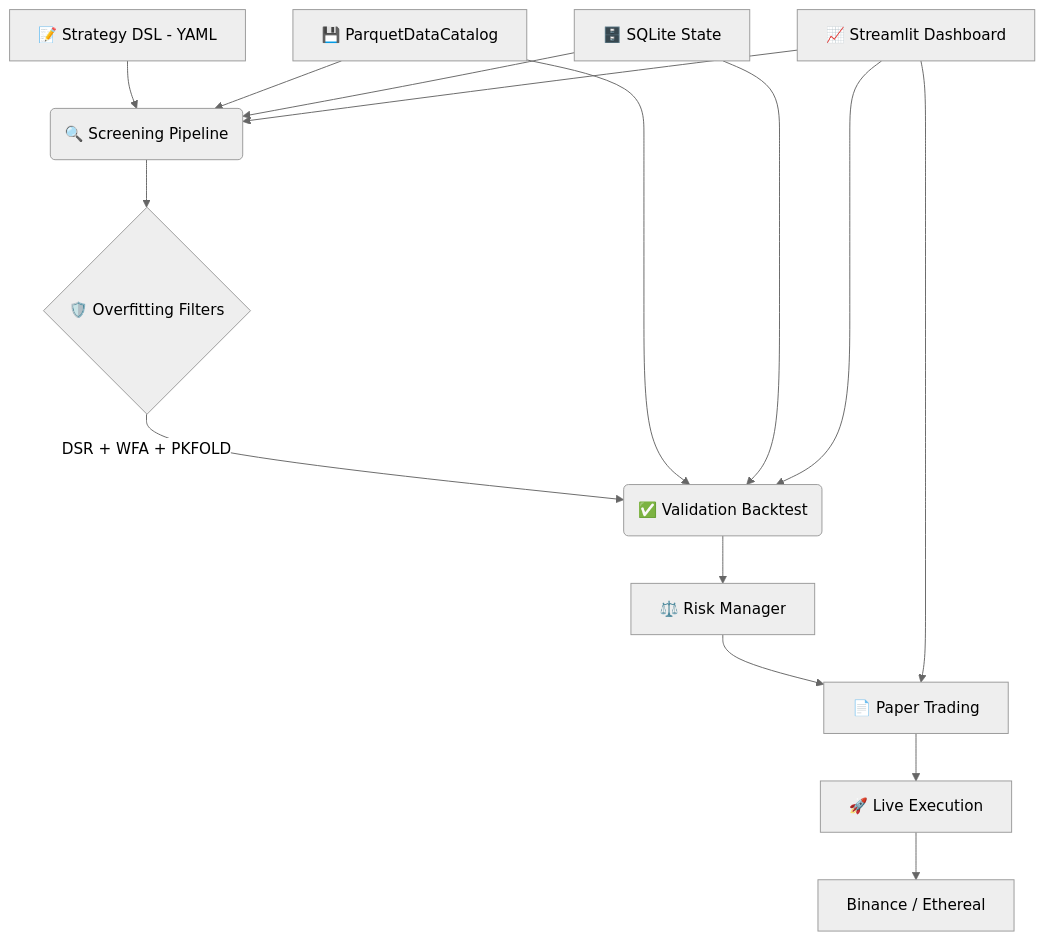
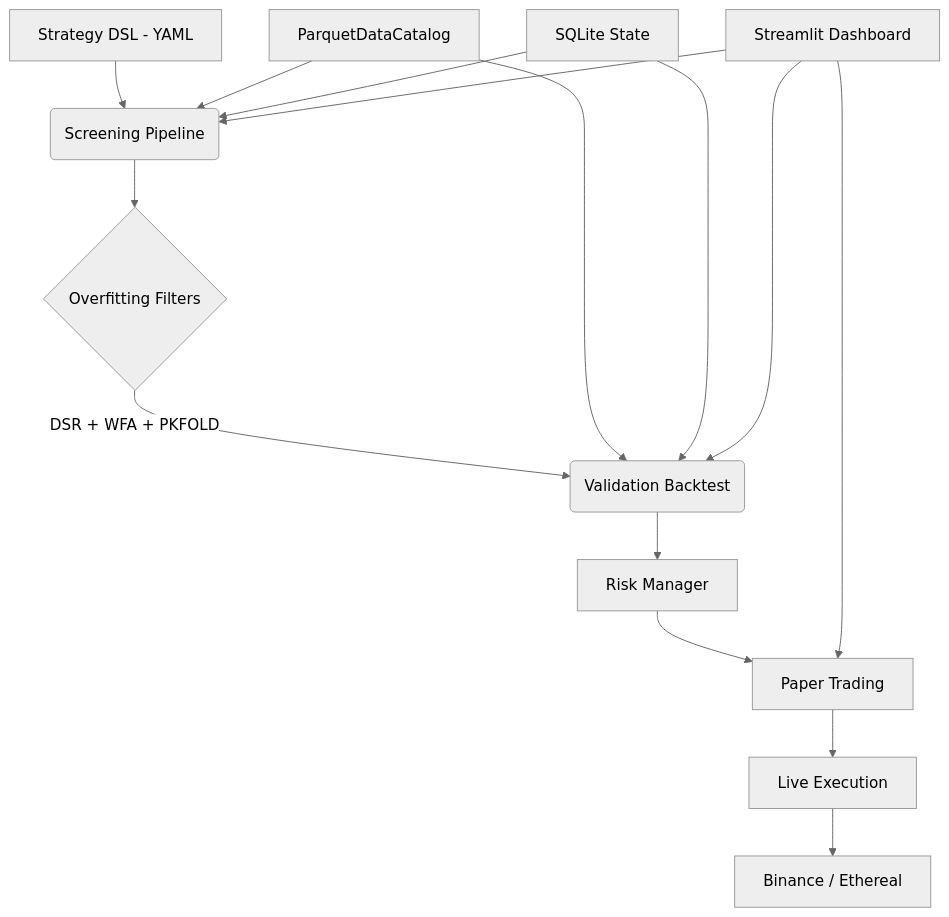
One commit to verebelyin/vibe-quant changed the diagram in README.md. Above: the diagram before and after it, drawn with Mermaid (neutral theme). The commit also changed other lines of this file and 2 other files, not shown here.

Commit message:
docs: update README, add architecture.md, add getting started (vibe-quant-vmq, vibe-quant-8a4, vibe-quant-673)

````diff
--- a/README.md
+++ b/README.md
@@ -98,18 +143,18 @@
 ```mermaid
 graph TD
-    A[📝 Strategy DSL - YAML] --> B(🔍 Screening Pipeline)
-    B --> C{🛡️ Overfitting Filters}
-    C -- DSR + WFA + PKFOLD --> D(✅ Validation Backtest)
-    D --> E[⚖️ Risk Manager]
-    E --> F[📄 Paper Trading]
-    F --> G[🚀 Live Execution]
+    A[Strategy DSL - YAML] --> B(Screening Pipeline)
+    B --> C{Overfitting Filters}
+    C -- DSR + WFA + PKFOLD --> D(Validation Backtest)
+    D --> E[Risk Manager]
+    E --> F[Paper Trading]
+    F --> G[Live Execution]
     G --> H[Binance / Ethereal]
 
-    I[💾 ParquetDataCatalog] --> B
+    I[ParquetDataCatalog] --> B
     I --> D
-    J[🗄️ SQLite State] --> B
+    J[SQLite State] --> B
     J --> D
-    K[📈 Streamlit Dashboard] --> B
+    K[Streamlit Dashboard] --> B
     K --> D
     K --> F
 ```
````
